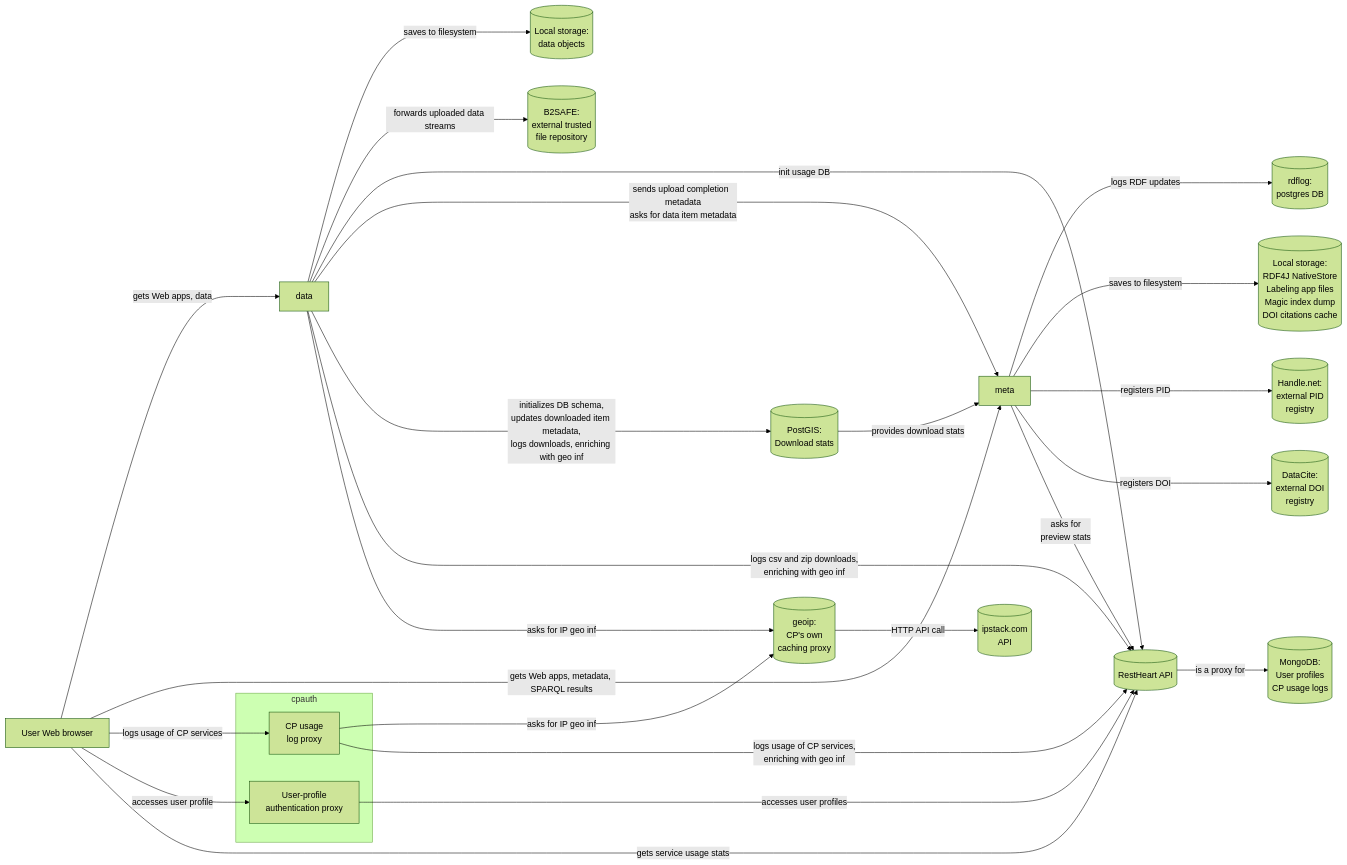
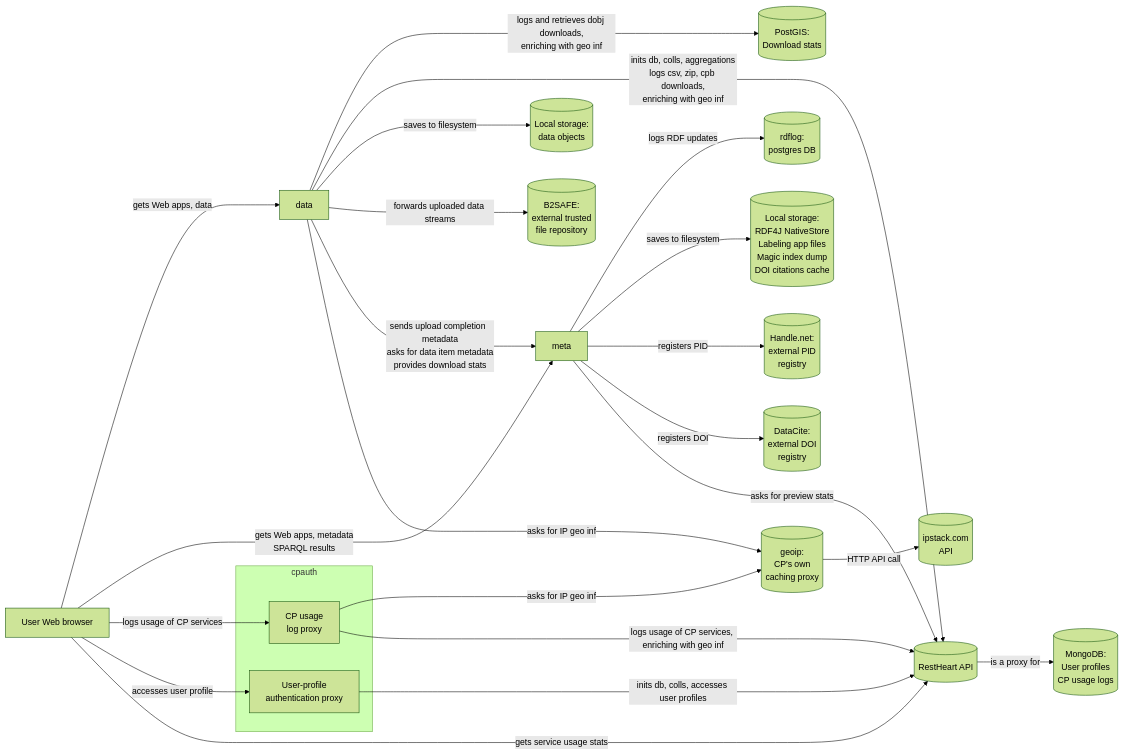
Before and after one commit to ICOS-Carbon-Portal/infrastructure: the diagram in README.md, drawn with Mermaid (forest theme).

Commit message:
[cities-deployment] overhaul the communications diagram

````diff
--- a/README.md
+++ b/README.md
@@ -11,45 +11,44 @@
 ```mermaid
 flowchart LR
 
 datastorage[(Local storage:<br>data objects)]
 b2safe[(B2SAFE:<br>external trusted<br>file repository)]
 user[User Web browser]
 cpdata[data]
 postgis[(PostGIS:<br>Download stats)]
 cpmeta[meta]
 rdflog[(rdflog:<br>postgres DB)]
 metastorage[(Local storage:<br>RDF4J NativeStore<br>Labeling app files<br>Magic index dump<br>DOI citations cache)]
 handle[(Handle.net:<br>external PID<br>registry)]
 doi[(DataCite:<br>external DOI<br>registry)]
 subgraph cpauth[cpauth]
     usagelogproxy[CP usage<br>log proxy]
     profileproxy[User-profile<br>authentication proxy]
 end
 geoip[(geoip:<br>CP's own<br>caching proxy)]
 ipstack[(ipstack.com<br>API)]
 restheart[(RestHeart API)]
 mongo[(MongoDB:<br>User profiles<br>CP usage logs)]
+
+cpdata --logs and retrieves dobj downloads,<br>enriching with geo info--> postgis
+cpdata --inits db, colls, aggregations<br>logs csv, zip, cpb downloads,<br>enriching with geo info--> restheart
 cpdata --saves to filesystem--> datastorage
 cpdata --forwards uploaded data streams--> b2safe
-cpdata --init usage DB--> restheart
-cpdata --sends upload completion  metadata<br>asks for data item metadata--> cpmeta
-cpdata --initializes DB schema,<br>updates downloaded item metadata,<br>logs downloads, enriching with geo info--> postgis
-cpdata --logs csv and zip downloads,<br>enriching with geo info--> restheart
+cpdata --sends upload completion  metadata<br>asks for data item metadata<br>provides download stats--> cpmeta
 cpdata --asks for IP geo info--> geoip
+geoip --HTTP API call--> ipstack
 user --gets Web apps, data--> cpdata
-user --gets Web apps, metadata, SPARQL results--> cpmeta
+user --gets Web apps, metadata<br>SPARQL results--> cpmeta
 user --logs usage of CP services--> usagelogproxy
 user --accesses user profile--> profileproxy
+cpmeta --logs RDF updates--> rdflog
+cpmeta --saves to filesystem--> metastorage
+cpmeta --registers PID--> handle
+cpmeta --registers DOI--> doi
+cpmeta --asks for preview stats--> restheart
+usagelogproxy --asks for IP geo info--> geoip
+usagelogproxy --logs usage of CP services, enriching with geo info--> restheart
+profileproxy --inits db, colls, accesses user profiles----> restheart
 user --gets service usage stats--> restheart
-cpmeta --logs RDF updates---> rdflog
-cpmeta --saves to filesystem---> metastorage
-postgis --provides download stats--> cpmeta
-cpmeta --registers PID---> handle
-cpmeta --registers DOI---> doi
-cpmeta --asks for<br>preview stats--> restheart
 restheart --is a proxy for--> mongo
-usagelogproxy --asks for IP geo info--> geoip
-usagelogproxy --logs usage of CP services,<br>enriching with geo info--> restheart
-profileproxy --accesses user profiles--> restheart
-geoip --HTTP API call--> ipstack
 ```
````
